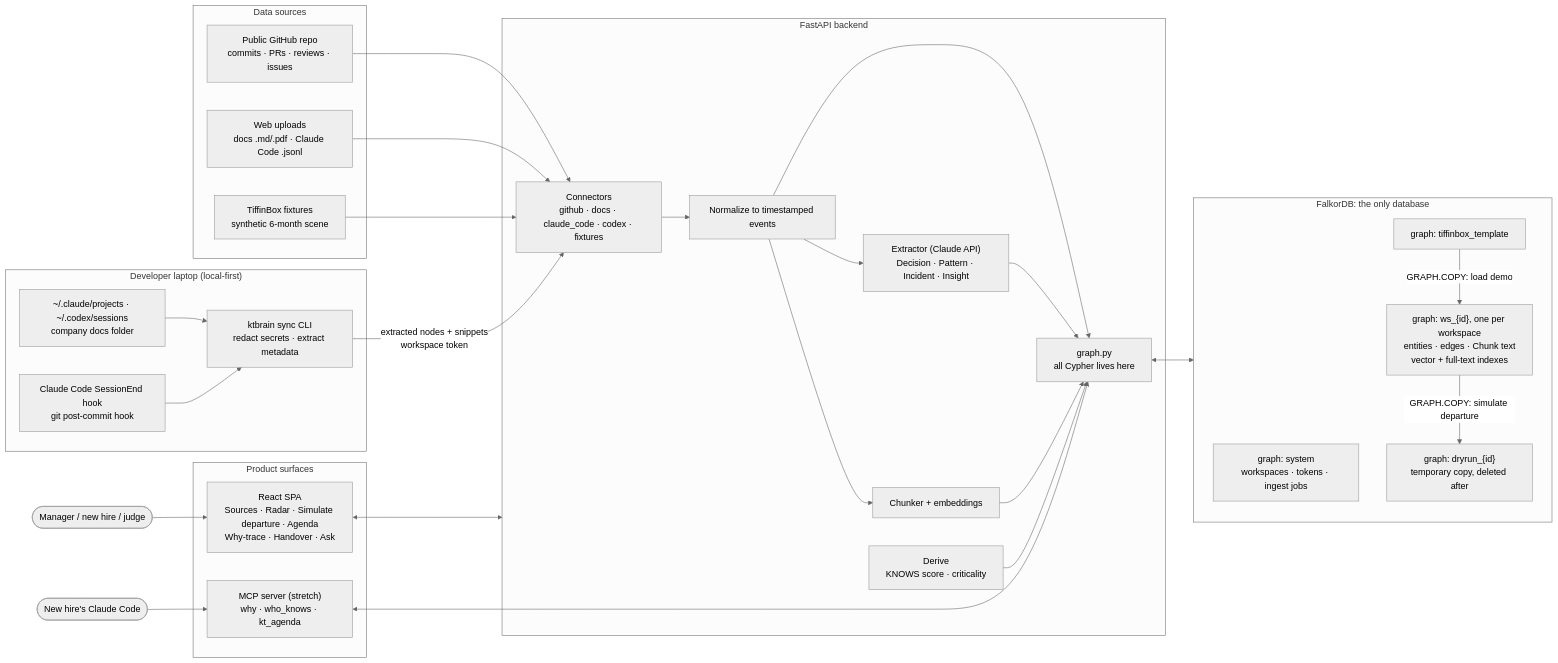
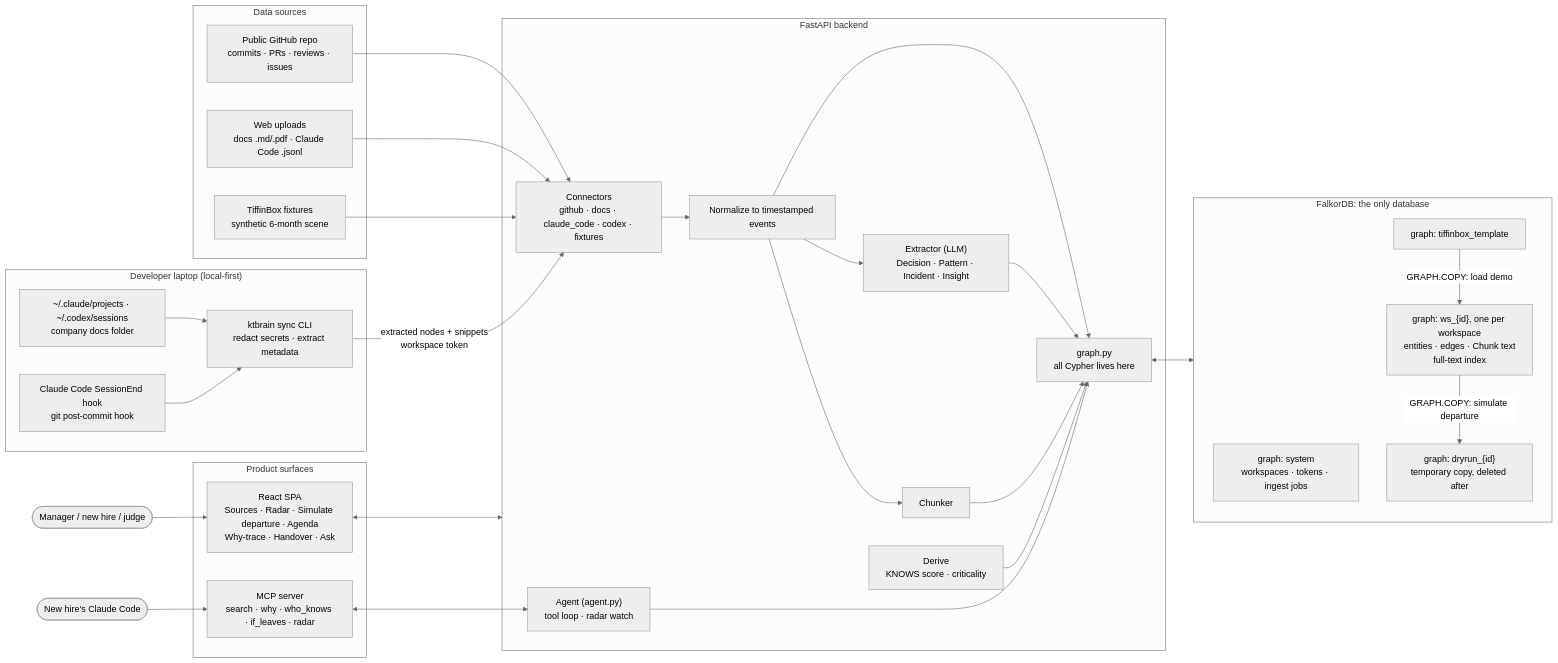
One commit to MShreyash09/KT-Brain changed the first of 2 diagrams in README.md. Above: the diagram before and after it, drawn with Mermaid (neutral theme). The commit also changed other lines of this file and 2 other files, not shown here.

````diff
--- a/README.md
+++ b/README.md
@@ -91,54 +94,56 @@
 ```mermaid
 flowchart LR
   subgraph SRC["Data sources"]
     GH["Public GitHub repo<br/>commits · PRs · reviews · issues"]
     UP["Web uploads<br/>docs .md/.pdf · Claude Code .jsonl"]
     FX["TiffinBox fixtures<br/>synthetic 6-month scene"]
   end
 
   subgraph LAPTOP["Developer laptop (local-first)"]
     LOGS["~/.claude/projects · ~/.codex/sessions<br/>company docs folder"]
     HOOK["Claude Code SessionEnd hook<br/>git post-commit hook"]
     CLI["ktbrain sync CLI<br/>redact secrets · extract metadata"]
     LOGS --> CLI
     HOOK --> CLI
   end
 
   subgraph API["FastAPI backend"]
     ING["Connectors<br/>github · docs · claude_code · codex · fixtures"]
     NORM["Normalize to timestamped events"]
-    EXT["Extractor (Claude API)<br/>Decision · Pattern · Incident · Insight"]
-    CHK["Chunker + embeddings"]
+    EXT["Extractor (LLM)<br/>Decision · Pattern · Incident · Insight"]
+    CHK["Chunker"]
     DER["Derive<br/>KNOWS score · criticality"]
     Q["graph.py<br/>all Cypher lives here"]
     ING --> NORM
     NORM --> Q
     NORM --> EXT --> Q
     NORM --> CHK --> Q
     DER --> Q
+    AG["Agent (agent.py)<br/>tool loop · radar watch"]
+    AG --> Q
   end
 
   subgraph DB["FalkorDB: the only database"]
     SYS["graph: system<br/>workspaces · tokens · ingest jobs"]
     TPL["graph: tiffinbox_template"]
-    WS["graph: ws_{id}, one per workspace<br/>entities · edges · Chunk text<br/>vector + full-text indexes"]
+    WS["graph: ws_{id}, one per workspace<br/>entities · edges · Chunk text<br/>full-text index"]
     DRY["graph: dryrun_{id}<br/>temporary copy, deleted after"]
     TPL -- "GRAPH.COPY: load demo" --> WS
     WS -- "GRAPH.COPY: simulate departure" --> DRY
   end
 
   subgraph APP["Product surfaces"]
     UI["React SPA<br/>Sources · Radar · Simulate departure · Agenda<br/>Why-trace · Handover · Ask"]
-    MCP["MCP server (stretch)<br/>why · who_knows · kt_agenda"]
+    MCP["MCP server<br/>search · why · who_knows · if_leaves · radar"]
   end
 
   GH --> ING
   UP --> ING
   FX --> ING
   CLI -- "extracted nodes + snippets<br/>workspace token" --> ING
   Q <--> DB
   UI <--> API
-  MCP <--> Q
+  MCP <--> AG
   USER(["Manager / new hire / judge"]) --> UI
   AGENT(["New hire's Claude Code"]) --> MCP
 ```
````
